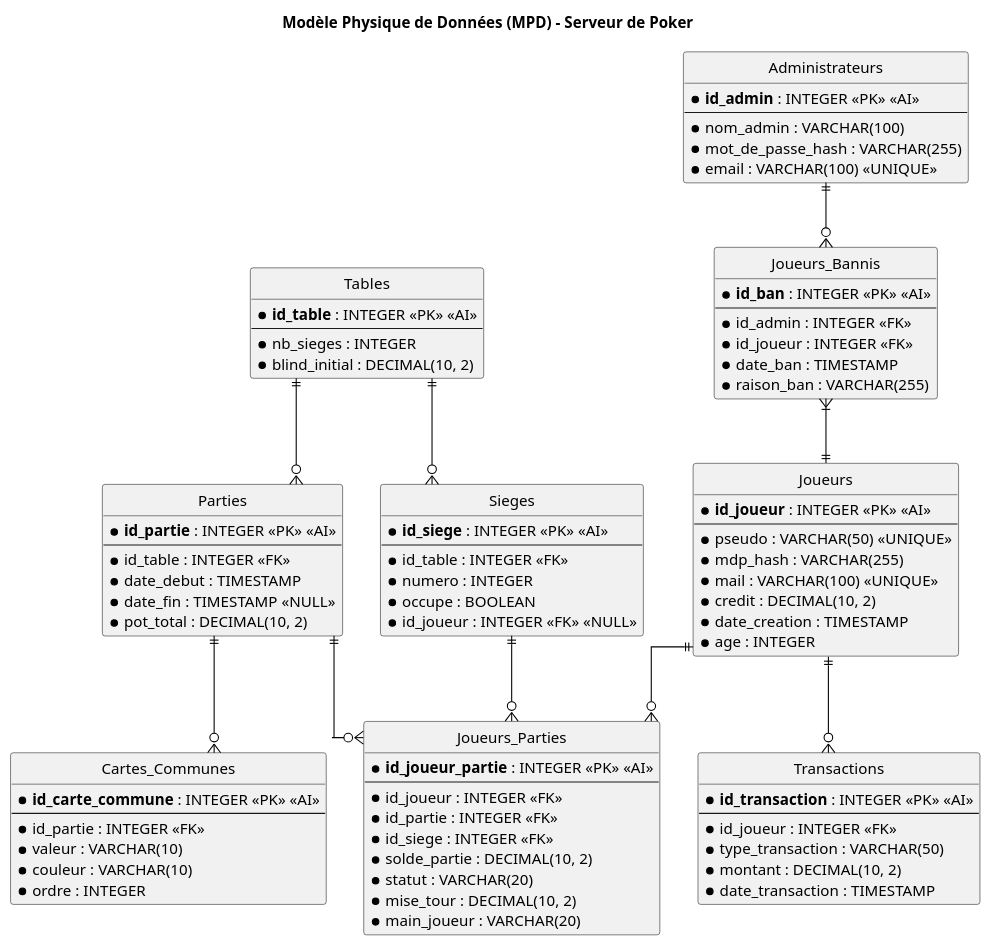
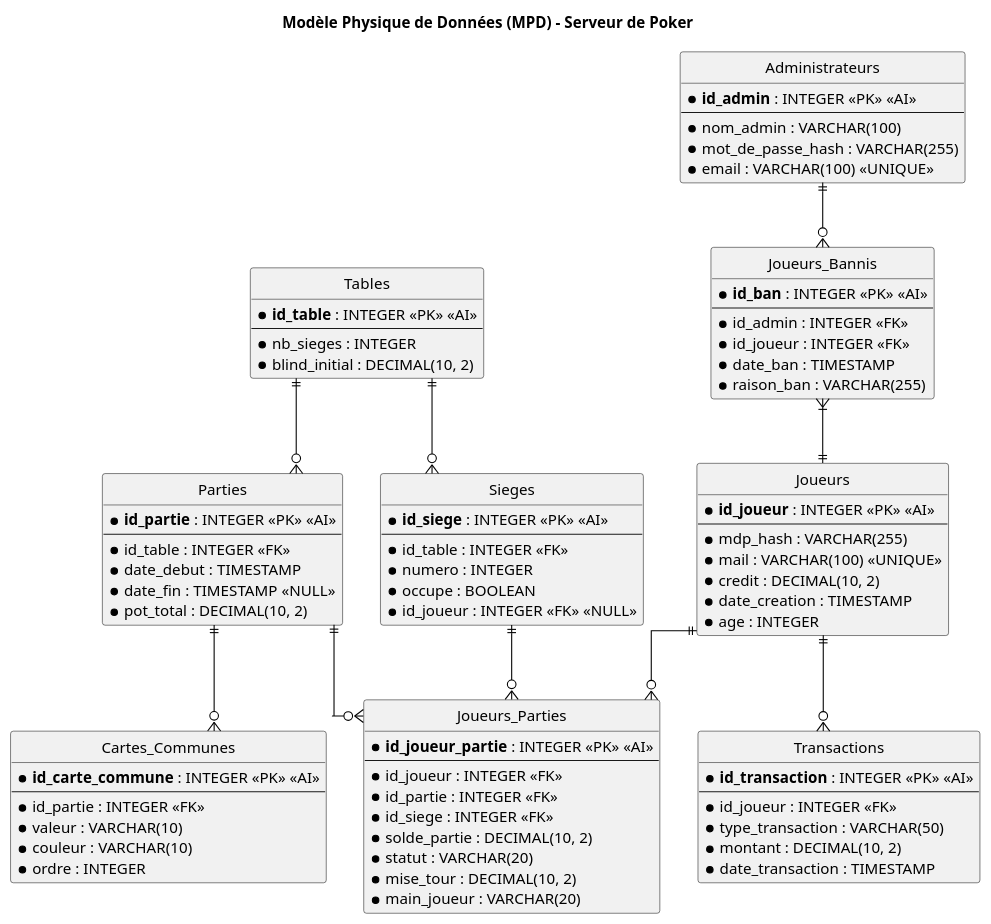
The diagram in doc/MPD.puml (tomdtd/ENSAI-2A-projet-info-Albane-Tom-Neville-Floraline), drawn with PlantUML before and after one commit. The commit also changed 1 other file, not shown here.

```diff
--- a/doc/MPD.puml
+++ b/doc/MPD.puml
@@ -1,109 +1,108 @@
 @startuml
 title Modèle Physique de Données (MPD) - Serveur de Poker
 
 hide circle
 skinparam linetype ortho
 skinparam table {
   BackgroundColor White
   BorderColor Black
 }
 skinparam arrow {
   Color Black
 }
 
 ' --- Définition des Tables ---
 
 entity "Joueurs" as T_JOUEURS {
   * **id_joueur** : INTEGER <<PK>> <<AI>>
   --
-  * pseudo : VARCHAR(50) <<UNIQUE>>
   * mdp_hash : VARCHAR(255)
   * mail : VARCHAR(100) <<UNIQUE>>
   * credit : DECIMAL(10, 2)
   * date_creation : TIMESTAMP
   * age : INTEGER
 }
 
 entity "Tables" as T_TABLES {
   * **id_table** : INTEGER <<PK>> <<AI>>
   --
   * nb_sieges : INTEGER
   * blind_initial : DECIMAL(10, 2)
 }
 
 entity "Sieges" as T_SIEGES {
   * **id_siege** : INTEGER <<PK>> <<AI>>
   --
   * id_table : INTEGER <<FK>>
   * numero : INTEGER
   * occupe : BOOLEAN
   * id_joueur : INTEGER <<FK>> <<NULL>>
 }
 
 entity "Parties" as T_PARTIES {
   * **id_partie** : INTEGER <<PK>> <<AI>>
   --
   * id_table : INTEGER <<FK>>
   * date_debut : TIMESTAMP
   * date_fin : TIMESTAMP <<NULL>>
   * pot_total : DECIMAL(10, 2)
 }
 
 entity "Cartes_Communes" as T_CARTES_COMMUNES {
   * **id_carte_commune** : INTEGER <<PK>> <<AI>>
   --
-  * id_partie : INTEGER <<FK>>
+  * id_partie : INTEGER <<FK>> 
   * valeur : VARCHAR(10)
   * couleur : VARCHAR(10)
   * ordre : INTEGER
 }
 
 entity "Joueurs_Parties" as T_JOUEURS_PARTIES {
   * **id_joueur_partie** : INTEGER <<PK>> <<AI>>
   --
   * id_joueur : INTEGER <<FK>>
   * id_partie : INTEGER <<FK>>
   * id_siege : INTEGER <<FK>>
   * solde_partie : DECIMAL(10, 2)
   * statut : VARCHAR(20)
   * mise_tour : DECIMAL(10, 2)
   * main_joueur : VARCHAR(20)
 }
 
 entity "Transactions" as T_TRANSACTIONS {
   * **id_transaction** : INTEGER <<PK>> <<AI>>
   --
   * id_joueur : INTEGER <<FK>>
   * type_transaction : VARCHAR(50)
   * montant : DECIMAL(10, 2)
   * date_transaction : TIMESTAMP
 }
 
 entity "Administrateurs" as T_ADMINISTRATEURS {
   * **id_admin** : INTEGER <<PK>> <<AI>>
   --
   * nom_admin : VARCHAR(100)
   * mot_de_passe_hash : VARCHAR(255)
   * email : VARCHAR(100) <<UNIQUE>>
 }
 
 entity "Joueurs_Bannis" as T_JOUEURS_BANNIS {
   * **id_ban** : INTEGER <<PK>> <<AI>>
   --
   * id_admin : INTEGER <<FK>>
   * id_joueur : INTEGER <<FK>>
   * date_ban : TIMESTAMP
   * raison_ban : VARCHAR(255)
 }
 
 ' --- Définition des Relations ---
 T_ADMINISTRATEURS ||--o{ T_JOUEURS_BANNIS
 T_JOUEURS ||--o{ T_TRANSACTIONS
 T_JOUEURS ||--o{ T_JOUEURS_PARTIES
 T_TABLES ||--o{ T_PARTIES
 T_TABLES ||--o{ T_SIEGES
 T_PARTIES ||--o{ T_JOUEURS_PARTIES
 T_PARTIES ||--o{ T_CARTES_COMMUNES
 T_SIEGES ||--o{ T_JOUEURS_PARTIES
 T_JOUEURS_BANNIS }|--|| T_JOUEURS
 @enduml
```
